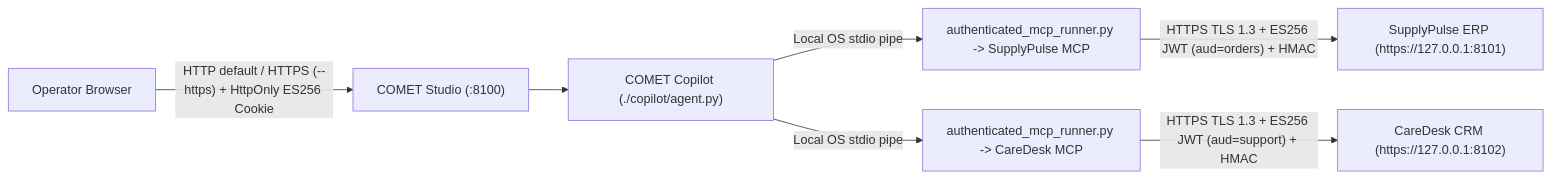
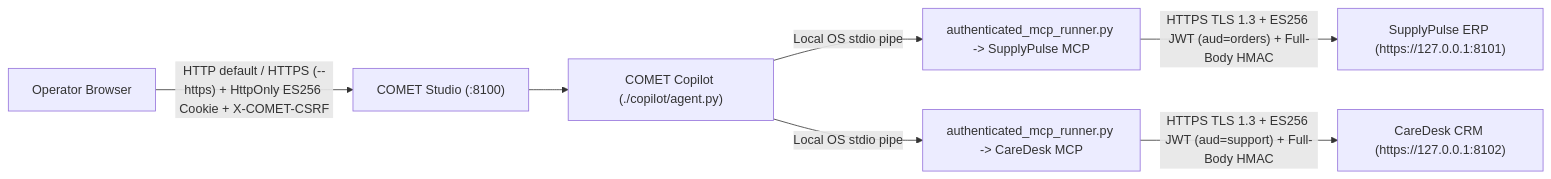
Before and after one commit to Shmcandi/COMET: the diagram in PROJECT_REPORT.md, drawn with Mermaid. The commit also changed other lines of this file and 13 other files, not shown here.

````diff
--- a/PROJECT_REPORT.md
+++ b/PROJECT_REPORT.md
@@ -33,9 +33,9 @@
 ```mermaid
 flowchart LR
-    Browser["Operator Browser"] -->|"HTTP default / HTTPS (--https) + HttpOnly ES256 Cookie"| Studio["COMET Studio (:8100)"]
+    Browser["Operator Browser"] -->|"HTTP default / HTTPS (--https) + HttpOnly ES256 Cookie + X-COMET-CSRF"| Studio["COMET Studio (:8100)"]
     Studio --> Copilot["COMET Copilot (./copilot/agent.py)"]
     Copilot -->|"Local OS stdio pipe"| Runner1["authenticated_mcp_runner.py -> SupplyPulse MCP"]
     Copilot -->|"Local OS stdio pipe"| Runner2["authenticated_mcp_runner.py -> CareDesk MCP"]
-    Runner1 -->|"HTTPS TLS 1.3 + ES256 JWT (aud=orders) + HMAC"| S1["SupplyPulse ERP (https://127.0.0.1:8101)"]
-    Runner2 -->|"HTTPS TLS 1.3 + ES256 JWT (aud=support) + HMAC"| S2["CareDesk CRM (https://127.0.0.1:8102)"]
+    Runner1 -->|"HTTPS TLS 1.3 + ES256 JWT (aud=orders) + Full-Body HMAC"| S1["SupplyPulse ERP (https://127.0.0.1:8101)"]
+    Runner2 -->|"HTTPS TLS 1.3 + ES256 JWT (aud=support) + Full-Body HMAC"| S2["CareDesk CRM (https://127.0.0.1:8102)"]
 ```
````
